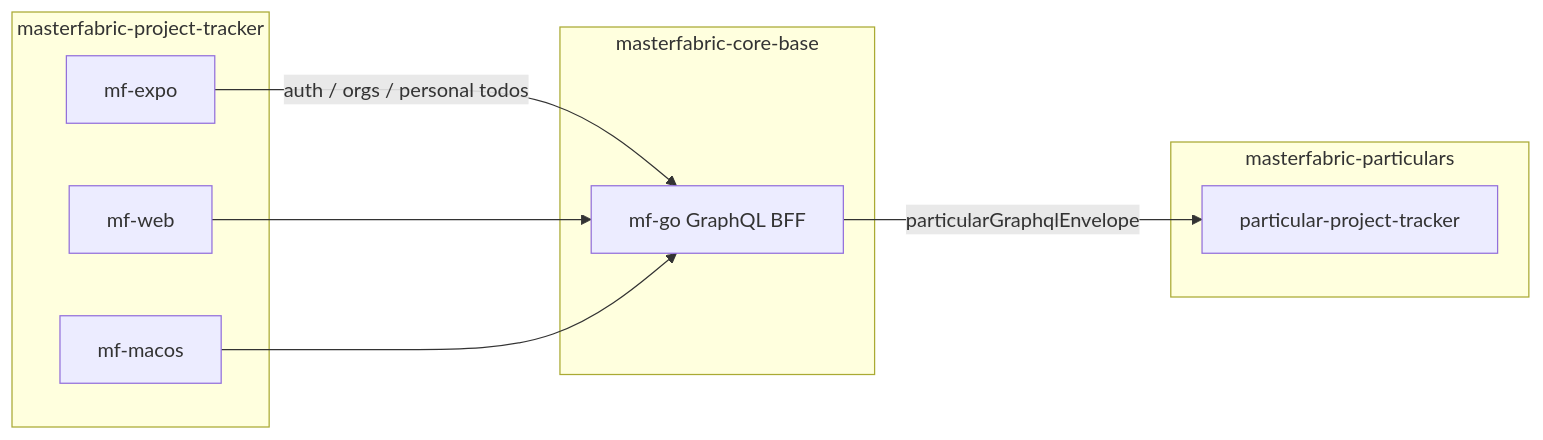
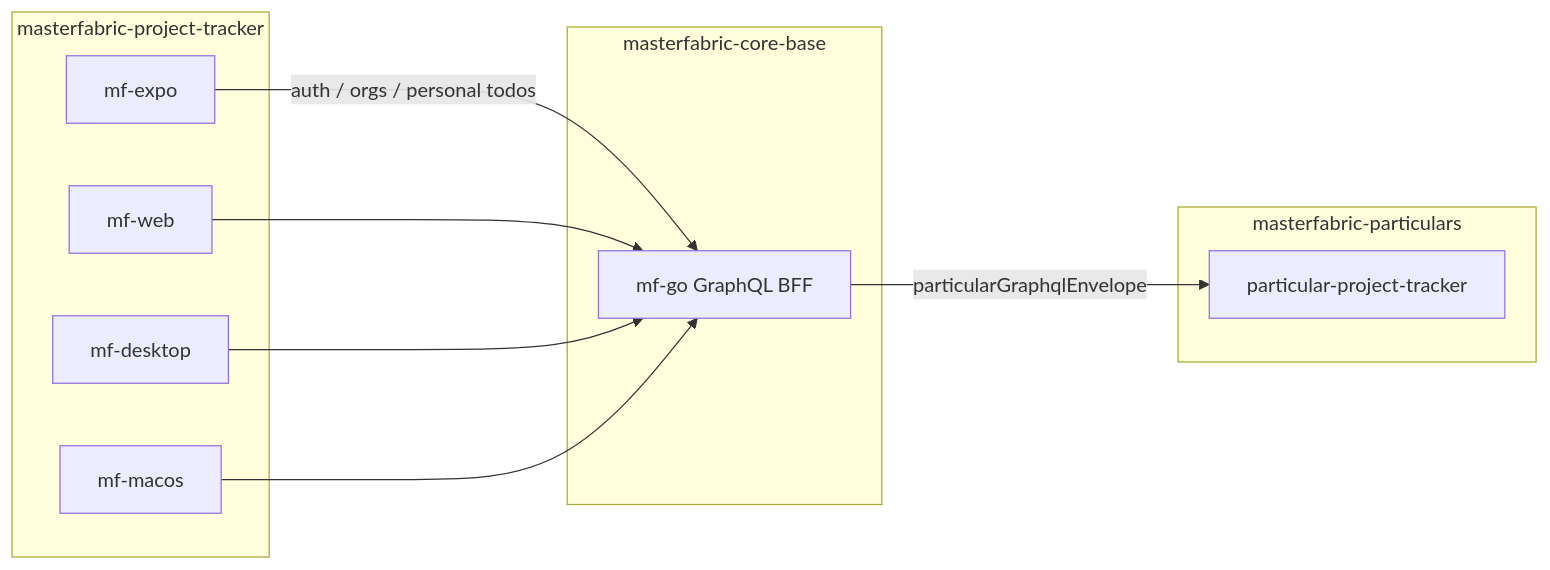
The diagram in README.md (masterfabric/masterfabric-project-tracker), drawn with Mermaid before and after one commit. The commit also changed other lines of this file and 159 other files, not shown here.

````diff
--- a/README.md
+++ b/README.md
@@ -13,21 +13,23 @@
 ```mermaid
 flowchart LR
     subgraph Clients["masterfabric-project-tracker"]
         Expo[mf-expo]
         Web[mf-web]
+        Desk[mf-desktop]
         Mac[mf-macos]
     end
 
     subgraph Core["masterfabric-core-base"]
         MfGo[mf-go GraphQL BFF]
     end
 
     subgraph Particulars["masterfabric-particulars"]
         PT[particular-project-tracker]
     end
 
     Expo -->|auth / orgs / personal todos| MfGo
     Web --> MfGo
+    Desk --> MfGo
     Mac --> MfGo
     MfGo -->|particularGraphqlEnvelope| PT
 ```
````
